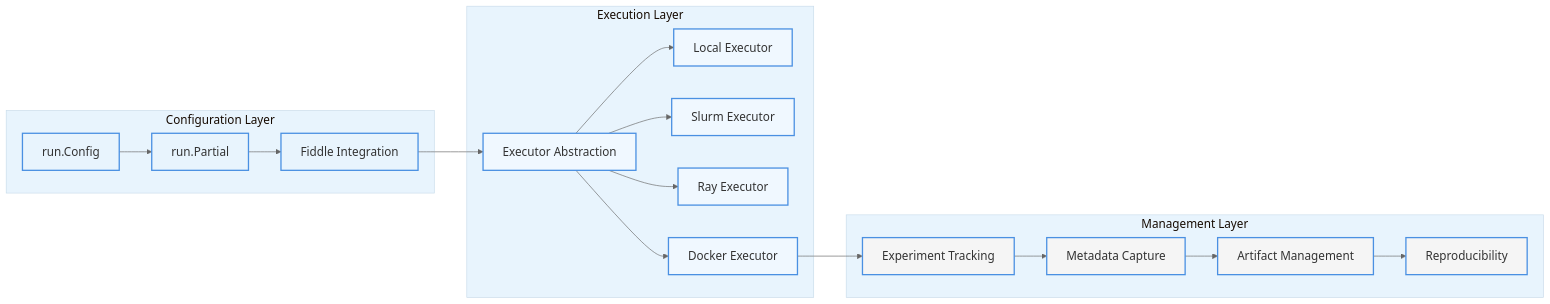
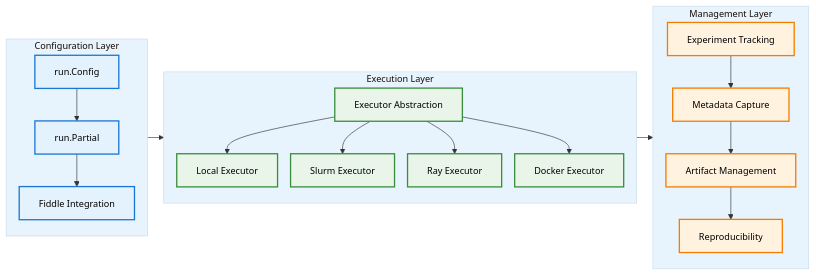
The diagram in docs/about/architecture.md (NVIDIA-NeMo/Run), drawn with Mermaid before and after one commit. The commit also changed other lines of this file and 14 other files, not shown here.

````diff
--- a/docs/about/architecture.md
+++ b/docs/about/architecture.md
@@ -132,41 +182,41 @@
 ```{mermaid}
-%%{init: {'theme': 'base', 'themeVariables': { 'fontSize': '18px', 'fontFamily': 'arial', 'primaryColor': '#4A90E2', 'primaryTextColor': '#333', 'primaryBorderColor': '#4A90E2', 'lineColor': '#666', 'secondaryColor': '#F5F5F5', 'tertiaryColor': '#E8F4FD' }}}%%
+%%{init: {'theme': 'base', 'themeVariables': { 'fontSize': '14px', 'fontFamily': 'arial', 'fontWeight': 'bold', 'primaryColor': '#4A90E2', 'primaryTextColor': '#000', 'primaryBorderColor': '#4A90E2', 'lineColor': '#333', 'secondaryColor': '#F5F5F5', 'tertiaryColor': '#E8F4FD' }, 'flowchart': { 'nodeSpacing': 20, 'rankSpacing': 25 }}}%%
 graph LR
-    subgraph "Configuration Layer"
-        A1[run.Config]
-        A2[run.Partial]
-        A3[Fiddle Integration]
+    subgraph Config ["Configuration Layer"]
+        A1["run.Config"]
+        A2["run.Partial"]
+        A3["Fiddle Integration"]
         A1 --> A2 --> A3
     end
 
-    subgraph "Execution Layer"
-        B1[Executor Abstraction]
-        B2[Local Executor]
-        B3[Slurm Executor]
-        B4[Ray Executor]
-        B5[Docker Executor]
+    subgraph Exec ["Execution Layer"]
+        B1["Executor Abstraction"]
+        B2["Local Executor"]
+        B3["Slurm Executor"]
+        B4["Ray Executor"]
+        B5["Docker Executor"]
         B1 --> B2
         B1 --> B3
         B1 --> B4
         B1 --> B5
     end
 
-    subgraph "Management Layer"
-        C1[Experiment Tracking]
-        C2[Metadata Capture]
-        C3[Artifact Management]
-        C4[Reproducibility]
+    subgraph Mgmt ["Management Layer"]
+        C1["Experiment Tracking"]
+        C2["Metadata Capture"]
+        C3["Artifact Management"]
+        C4["Reproducibility"]
         C1 --> C2 --> C3 --> C4
     end
 
-    A3 --> B1
-    B5 --> C1
+    Config --> Exec
+    Exec --> Mgmt
 
-    classDef configStyle fill:#E8F4FD,stroke:#4A90E2,stroke-width:2px
-    classDef execStyle fill:#F0F8FF,stroke:#4A90E2,stroke-width:2px
-    classDef mgmtStyle fill:#F5F5F5,stroke:#4A90E2,stroke-width:2px
+    classDef configStyle fill:#E3F2FD,stroke:#1976D2,stroke-width:2px,color:#000
+    classDef execStyle fill:#E8F5E8,stroke:#388E3C,stroke-width:2px,color:#000
+    classDef mgmtStyle fill:#FFF3E0,stroke:#F57C00,stroke-width:2px,color:#000
 
     class A1,A2,A3 configStyle
     class B1,B2,B3,B4,B5 execStyle
     class C1,C2,C3,C4 mgmtStyle
 ```
````
